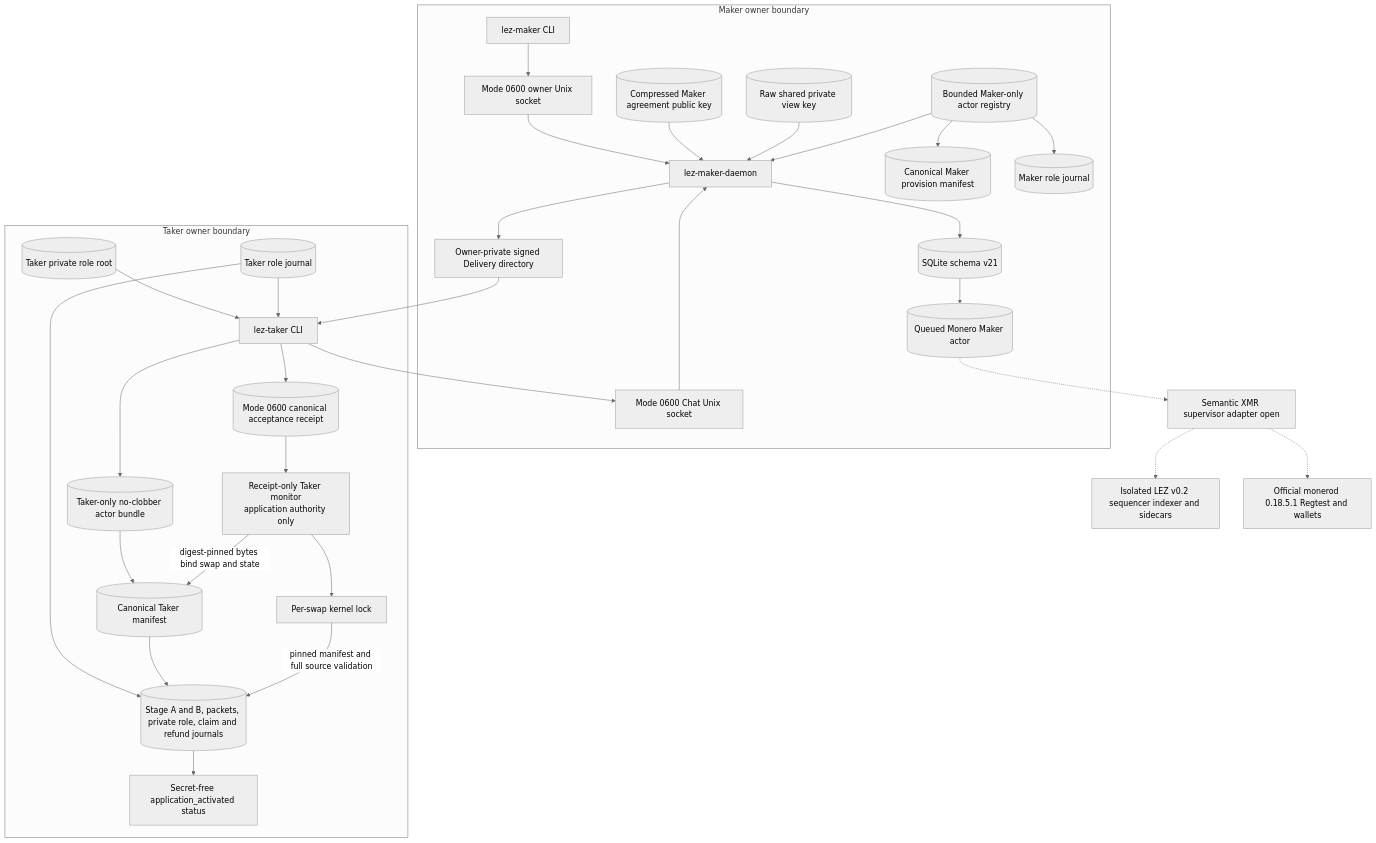
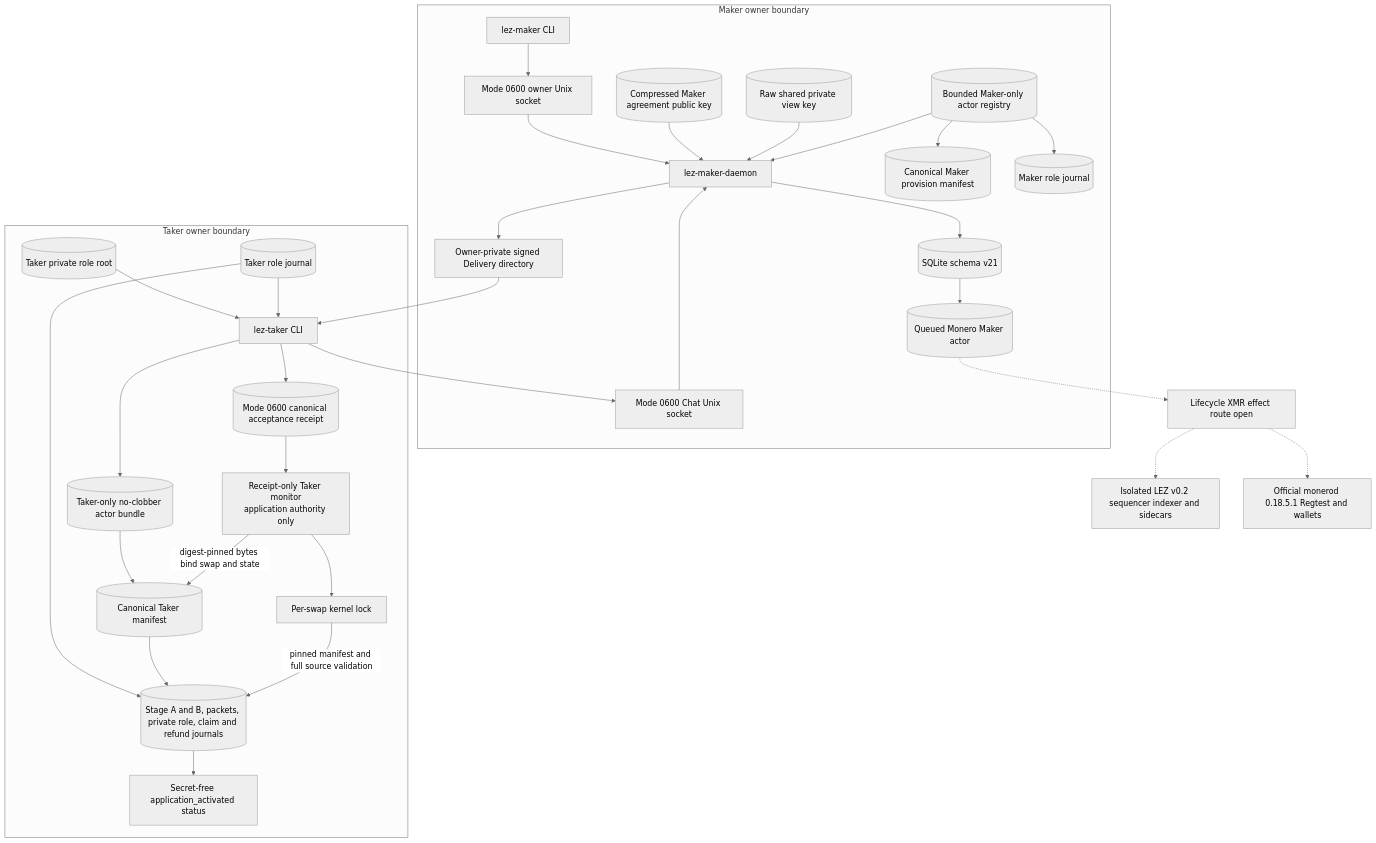
One commit to gateway-fm/lez-atomic-swaps changed the seventh of 21 diagrams in docs/architecture/deployment-components-and-rpcs.md. Above: the diagram before and after it, drawn with Mermaid (neutral theme). The commit also changed other lines of this file and 12 other files, not shown here.

````diff
--- a/docs/architecture/deployment-components-and-rpcs.md
+++ b/docs/architecture/deployment-components-and-rpcs.md
@@ -746,59 +746,59 @@
 ```mermaid
 flowchart TB
     subgraph MakerBoundary["Maker owner boundary"]
         MakerCli["lez-maker CLI"]
         OwnerSocket["Mode 0600 owner Unix socket"]
         Daemon["lez-maker-daemon"]
         ChatSocket["Mode 0600 Chat Unix socket"]
         Store[("SQLite schema v21")]
         Delivery["Owner-private signed Delivery directory"]
         AgreementKey[("Compressed Maker agreement public key")]
         ViewKey[("Raw shared private view key")]
         Registry[("Bounded Maker-only actor registry")]
         MakerManifest[("Canonical Maker provision manifest")]
         MakerJournal[("Maker role journal")]
         MakerActor[("Queued Monero Maker actor")]
     end
 
     subgraph TakerBoundary["Taker owner boundary"]
         TakerCli["lez-taker CLI"]
         TakerRoot[("Taker private role root")]
         TakerJournal[("Taker role journal")]
         TakerActor[("Taker-only no-clobber actor bundle")]
         Receipt[("Mode 0600 canonical acceptance receipt")]
         TakerManifest[("Canonical Taker manifest")]
         TakerAuthority[("Stage A and B, packets, private role, claim and refund journals")]
         MonitorLock["Per-swap kernel lock"]
         Monitor["Receipt-only Taker monitor<br/>application authority only"]
         MonitorStatus["Secret-free application_activated status"]
     end
 
     MakerCli --> OwnerSocket
     OwnerSocket --> Daemon
     Daemon --> Store
     Daemon --> Delivery
     Delivery --> TakerCli
     TakerCli --> ChatSocket
     ChatSocket --> Daemon
     AgreementKey --> Daemon
     ViewKey --> Daemon
     Registry --> Daemon
     Registry --> MakerManifest
     Registry --> MakerJournal
     Store --> MakerActor
     TakerRoot --> TakerCli
     TakerJournal --> TakerCli
     TakerCli --> TakerActor
     TakerCli --> Receipt
     TakerActor --> TakerManifest
     TakerJournal --> TakerAuthority
     Receipt --> Monitor
     Monitor -->|"digest-pinned bytes bind swap and state"| TakerManifest
     Monitor --> MonitorLock
     TakerManifest --> TakerAuthority
     MonitorLock -->|"pinned manifest and full source validation"| TakerAuthority
     TakerAuthority --> MonitorStatus
-    MakerActor -.-> SemanticSupervisor["Semantic XMR supervisor adapter open"]
+    MakerActor -.-> SemanticSupervisor["Lifecycle XMR effect route open"]
     SemanticSupervisor -.-> LezNodes["Isolated LEZ v0.2 sequencer indexer and sidecars"]
     SemanticSupervisor -.-> MoneroNodes["Official monerod 0.18.5.1 Regtest and wallets"]
 ```
````
